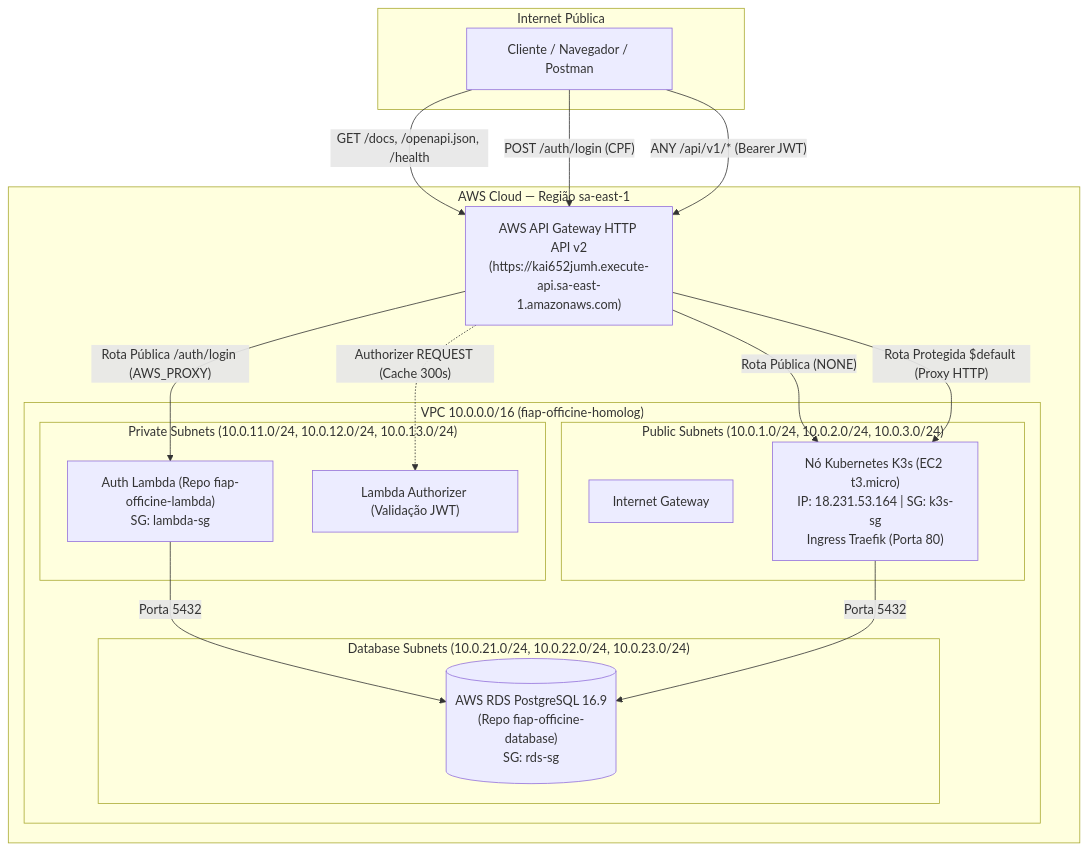
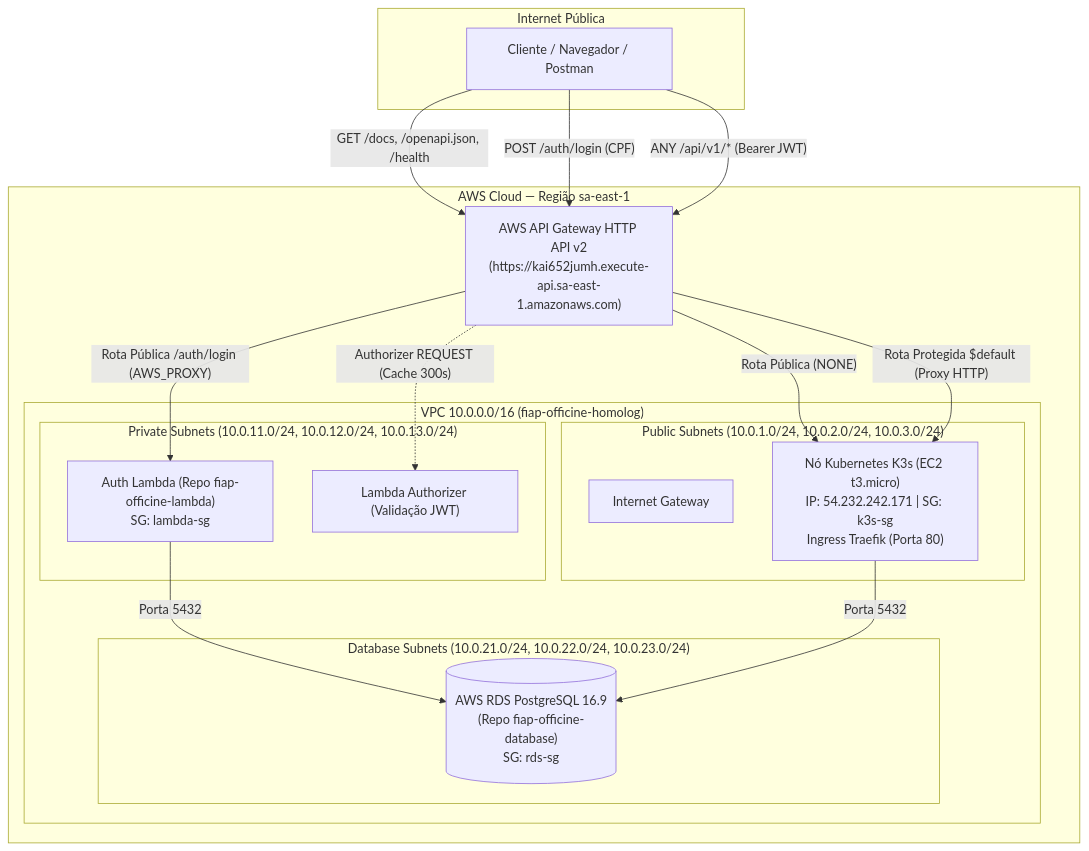
Before and after one commit to fiap-officine/fiap-officine-kubernets: the diagram in README.md, drawn with Mermaid. The commit also changed other lines of this file, not shown here.

````diff
--- a/README.md
+++ b/README.md
@@ -23,41 +23,41 @@
 ```mermaid
 graph TD
     subgraph INTERNET["Internet Pública"]
         CLIENT["Cliente / Navegador / Postman"]
     end
 
     subgraph AWS_CLOUD["AWS Cloud — Região sa-east-1"]
         APIGW["AWS API Gateway HTTP API v2\n(https://kai652jumh.execute-api.sa-east-1.amazonaws.com)"]
 
         subgraph VPC["VPC 10.0.0.0/16 (fiap-officine-homolog)"]
             subgraph PUBLIC_SUBNETS["Public Subnets (10.0.1.0/24, 10.0.2.0/24, 10.0.3.0/24)"]
                 IGW["Internet Gateway"]
-                K3S["Nó Kubernetes K3s (EC2 t3.micro)\nIP: 18.231.53.164 | SG: k3s-sg\nIngress Traefik (Porta 80)"]
+                K3S["Nó Kubernetes K3s (EC2 t3.micro)\nIP: 54.232.242.171 | SG: k3s-sg\nIngress Traefik (Porta 80)"]
             end
 
             subgraph PRIVATE_SUBNETS["Private Subnets (10.0.11.0/24, 10.0.12.0/24, 10.0.13.0/24)"]
                 LAMBDA_AUTH["Auth Lambda (Repo fiap-officine-lambda)\nSG: lambda-sg"]
                 LAMBDA_AUTHZ["Lambda Authorizer (Validação JWT)"]
             end
 
             subgraph DATABASE_SUBNETS["Database Subnets (10.0.21.0/24, 10.0.22.0/24, 10.0.23.0/24)"]
                 RDS[("AWS RDS PostgreSQL 16.9\n(Repo fiap-officine-database)\nSG: rds-sg")]
             end
         end
     end
 
     %% Rotas do API Gateway
     CLIENT -->|"GET /docs, /openapi.json, /health"| APIGW
     CLIENT -->|"POST /auth/login (CPF)"| APIGW
     CLIENT -->|"ANY /api/v1/* (Bearer JWT)"| APIGW
 
     %% Roteamentos
     APIGW -->|"Rota Pública (NONE)"| K3S
     APIGW -->|"Rota Pública /auth/login (AWS_PROXY)"| LAMBDA_AUTH
     APIGW -.->|"Authorizer REQUEST (Cache 300s)"| LAMBDA_AUTHZ
     APIGW -->|"Rota Protegida $default (Proxy HTTP)"| K3S
 
     %% Conectividade interna
     LAMBDA_AUTH -->|"Porta 5432"| RDS
     K3S -->|"Porta 5432"| RDS
 ```
````
